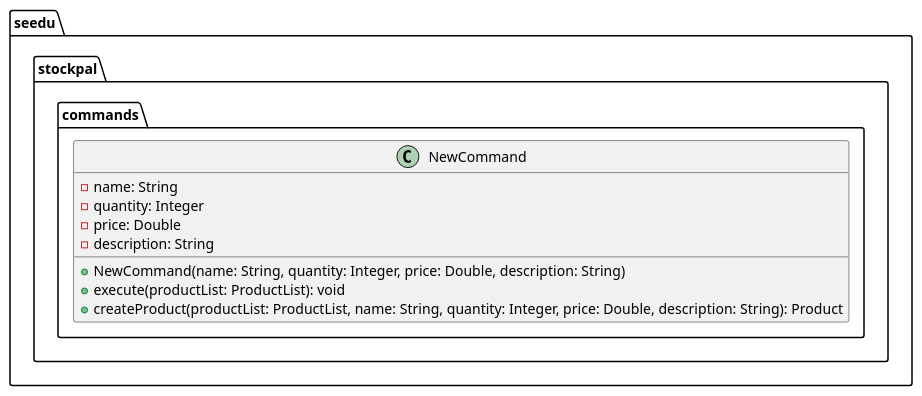
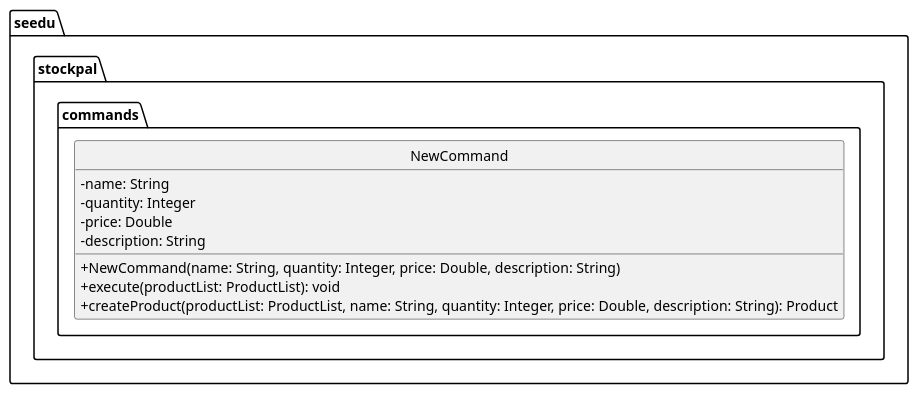
The diagram in docs/diagrams/AddCommandClass.puml (leongxingyu/tp), drawn with PlantUML before and after one commit. The commit also changed 18 other files, not shown here.

```diff
--- a/docs/diagrams/AddCommandClass.puml
+++ b/docs/diagrams/AddCommandClass.puml
@@ -1,16 +1,19 @@
 @startuml
+
+hide circles
+skinparam classAttributeIconSize 0
 
 package "seedu.stockpal.commands" {
     class NewCommand {
         - name: String
         - quantity: Integer
         - price: Double
         - description: String
 
         + NewCommand(name: String, quantity: Integer, price: Double, description: String)
         + execute(productList: ProductList): void
         + createProduct(productList: ProductList, name: String, quantity: Integer, price: Double, description: String): Product
     }
 }
 
 @enduml
```
